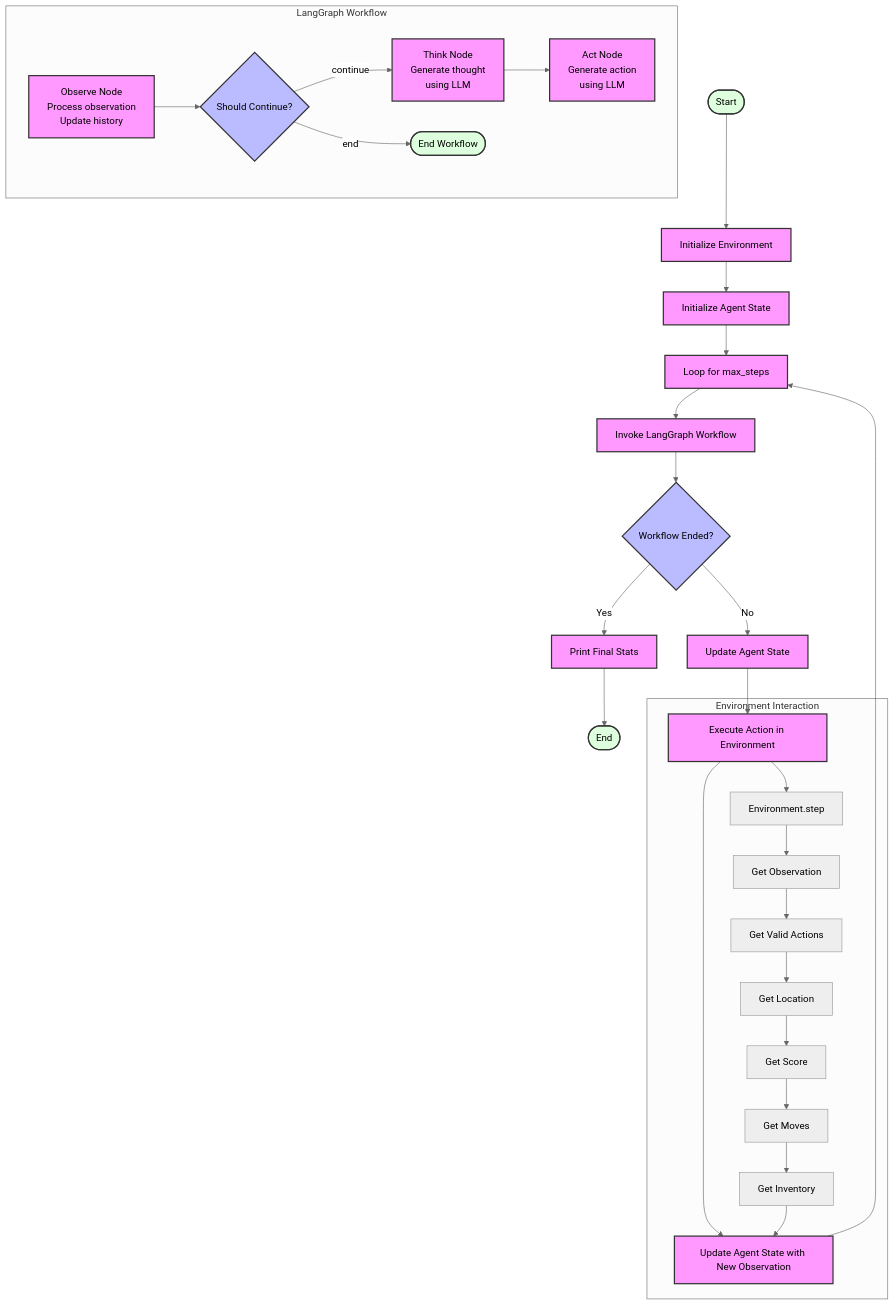
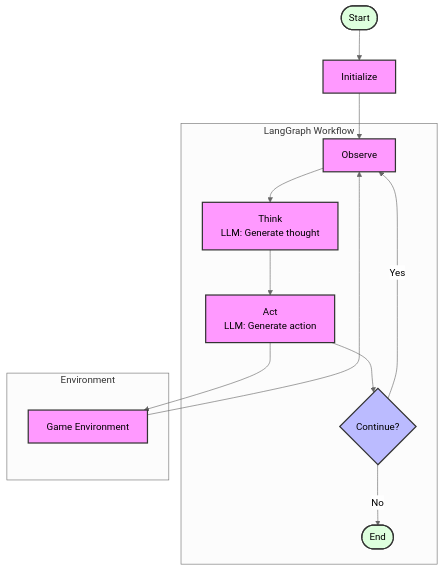
Before and after one commit to sep/ai-agent-zork: the diagram in src/agent/langgraph/README.md, drawn with Mermaid (neutral theme). The commit also changed 2 other files, not shown here.

Commit message:
Simplify mermaid diagrams explaining each agent

````diff
--- a/src/agent/langgraph/README.md
+++ b/src/agent/langgraph/README.md
@@ -7,46 +7,30 @@
 ```mermaid
 graph TD
-    %% Main function loop
-    Start([Start]) --> InitEnv[Initialize Environment]
-    InitEnv --> InitState[Initialize Agent State]
-    InitState --> Loop[Loop for max_steps]
+    %% Main workflow
+    Start([Start]) --> Init[Initialize]
+    Init --> Observe[Observe]
     
-    %% LangGraph workflow (inner loop)
+    %% Core LangGraph workflow
     subgraph "LangGraph Workflow"
-        Observe[Observe Node<br/>Process observation<br/>Update history] --> ShouldContinue{Should Continue?}
-        ShouldContinue -->|"continue"| Think[Think Node<br/>Generate thought<br/>using LLM]
-        ShouldContinue -->|"end"| End([End Workflow])
-        Think --> Act[Act Node<br/>Generate action<br/>using LLM]
+        Observe --> Think[Think<br/>LLM: Generate thought]
+        Think --> Act[Act<br/>LLM: Generate action]
+        Act --> ShouldContinue{Continue?}
+        ShouldContinue -->|Yes| Observe
+        ShouldContinue -->|No| End([End])
     end
     
-    %% Function control flow (outer loop)
-    Loop --> InvokeGraph[Invoke LangGraph Workflow]
-    InvokeGraph --> CheckEnd{Workflow Ended?}
-    CheckEnd -->|Yes| FinalStats[Print Final Stats]
-    CheckEnd -->|No| UpdateState[Update Agent State]
-    UpdateState --> ExecuteAction[Execute Action in Environment]
-    ExecuteAction --> UpdateObservation[Update Agent State with New Observation]
-    UpdateObservation --> Loop
-    FinalStats --> End2([End])
-    
     %% Environment interaction
-    subgraph "Environment Interaction"
-        ExecuteAction --> EnvStep[Environment.step]
-        EnvStep --> GetObs[Get Observation]
-        GetObs --> GetValid[Get Valid Actions]
-        GetValid --> GetLoc[Get Location]
-        GetLoc --> GetScore[Get Score]
-        GetScore --> GetMoves[Get Moves]
-        GetMoves --> GetInv[Get Inventory]
-        GetInv --> UpdateObservation
+    subgraph "Environment"
+        Act --> Env[Game Environment]
+        Env --> Observe
     end
     
     %% Styling
     classDef process fill:#f9f,stroke:#333,stroke-width:2px
     classDef decision fill:#bbf,stroke:#333,stroke-width:2px
     classDef terminal fill:#dfd,stroke:#333,stroke-width:2px
     
-    class Start,End,End2 terminal
-    class ShouldContinue,CheckEnd decision
-    class Observe,Think,Act,InitEnv,InitState,UpdateState,ExecuteAction,UpdateObservation,Loop,InvokeGraph,FinalStats process
+    class Start,End terminal
+    class ShouldContinue decision
+    class Observe,Think,Act,Init,Env process
 ```
````
